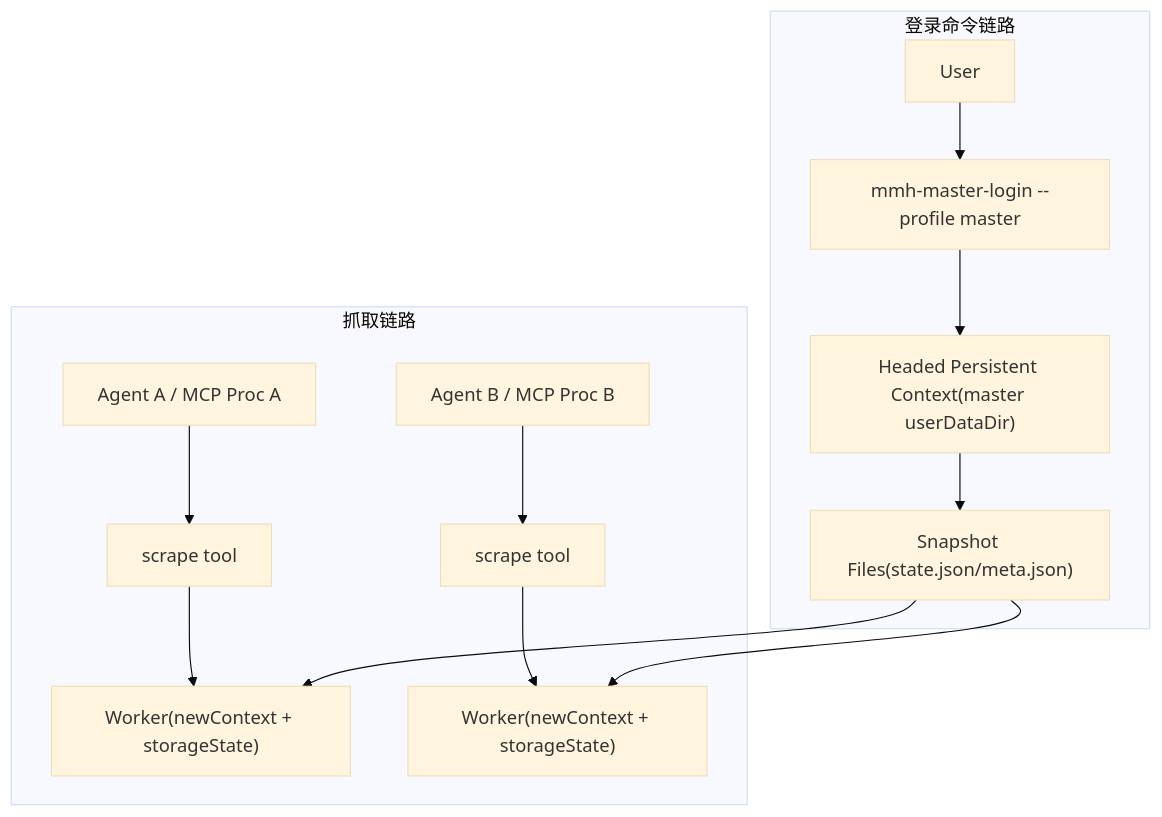
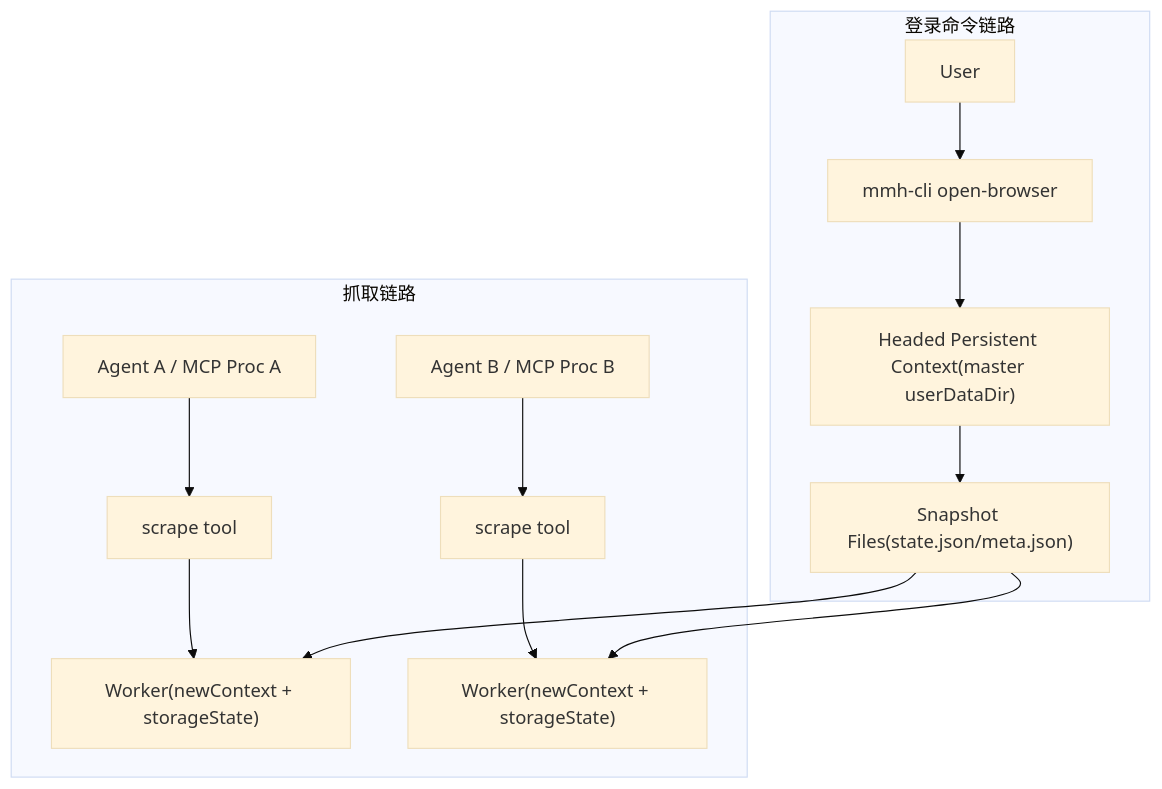
One commit to fengwk/my-mcp-hub changed the first of 2 diagrams in docs/scrape-mcp/design.md. Above: the diagram before and after it, drawn with Mermaid (base theme). The commit also changed other lines of this file and 41 other files, not shown here.

````diff
--- a/docs/scrape-mcp/design.md
+++ b/docs/scrape-mcp/design.md
@@ -60,17 +60,17 @@
 ```mermaid
 flowchart TD
   subgraph LOGIN["登录命令链路"]
-    U["User"] --> CMD["mmh-master-login --profile master"]
+    U["User"] --> CMD["mmh-cli open-browser"]
     CMD --> PCTX["Headed Persistent Context(master userDataDir)"]
     PCTX --> SNAP["Snapshot Files(state.json/meta.json)"]
   end
 
   subgraph SCRAPE["抓取链路"]
     A1["Agent A / MCP Proc A"] --> T1["scrape tool"]
     A2["Agent B / MCP Proc B"] --> T2["scrape tool"]
     T1 --> W1["Worker(newContext + storageState)"]
     T2 --> W2["Worker(newContext + storageState)"]
     SNAP --> W1
     SNAP --> W2
   end
 ```
````
